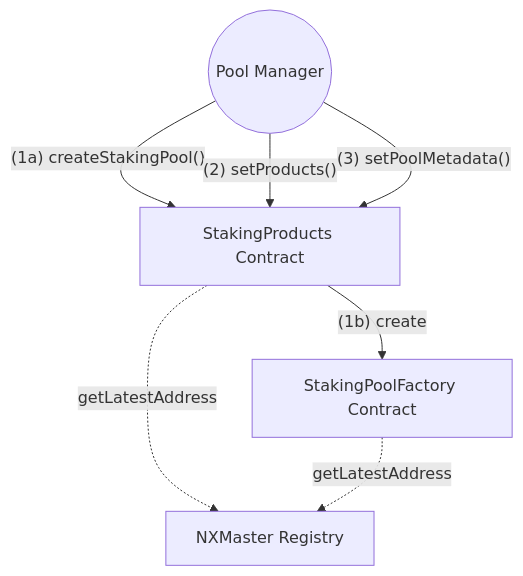
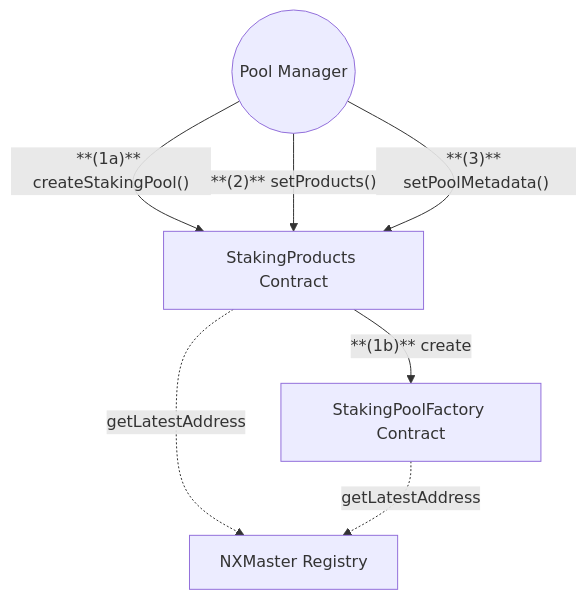
Before and after one commit to NexusMutual/smart-contracts: the second of 2 diagrams in docs/diagrams/contracts/staking.md, drawn with Mermaid. The commit also changed other lines of this file and 9 other files, not shown here.

Commit message:
docs: update diagrams docs

````diff
--- a/docs/diagrams/contracts/staking.md
+++ b/docs/diagrams/contracts/staking.md
@@ -40,22 +40,22 @@
 ```mermaid
 graph TD
     %% Users
     Manager(("Pool Manager"))
 
     %% Contracts
     StakingProducts["StakingProducts Contract"]
     StakingPoolFactory["StakingPoolFactory Contract"]
     NXMaster["NXMaster Registry"]
 
     %% Manager interactions
-    Manager -->|"(1a) createStakingPool()"| StakingProducts
-    Manager -->|"(2) setProducts()"| StakingProducts
-    Manager -->|"(3) setPoolMetadata()"| StakingProducts
+    Manager -->|"**(1a)** createStakingPool()"| StakingProducts
+    Manager -->|"**(2)** setProducts()"| StakingProducts
+    Manager -->|"**(3)** setPoolMetadata()"| StakingProducts
 
     %% Internal interactions
-    StakingProducts -->|"(1b) create"| StakingPoolFactory
+    StakingProducts -->|"**(1b)** create"| StakingPoolFactory
 
     %% Contract Registry interactions
     StakingProducts -.->|"getLatestAddress"| NXMaster
     StakingPoolFactory -.->|"getLatestAddress"| NXMaster
 ```
````
